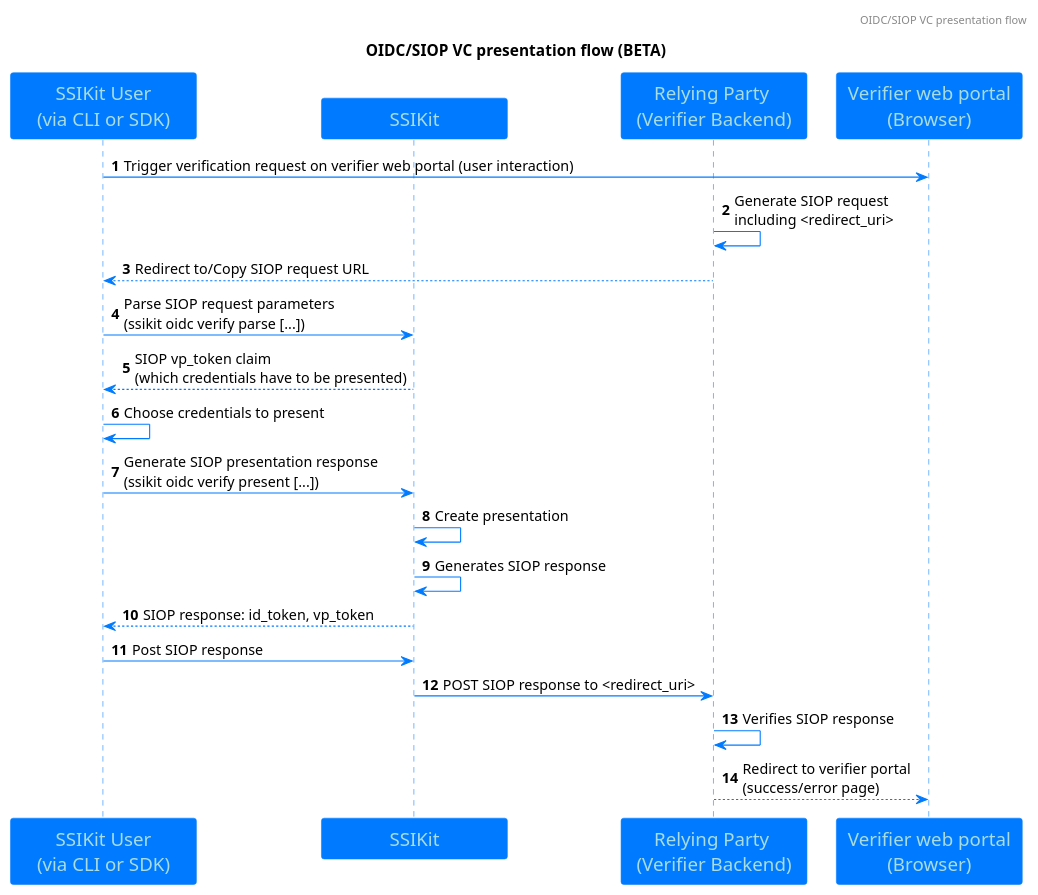
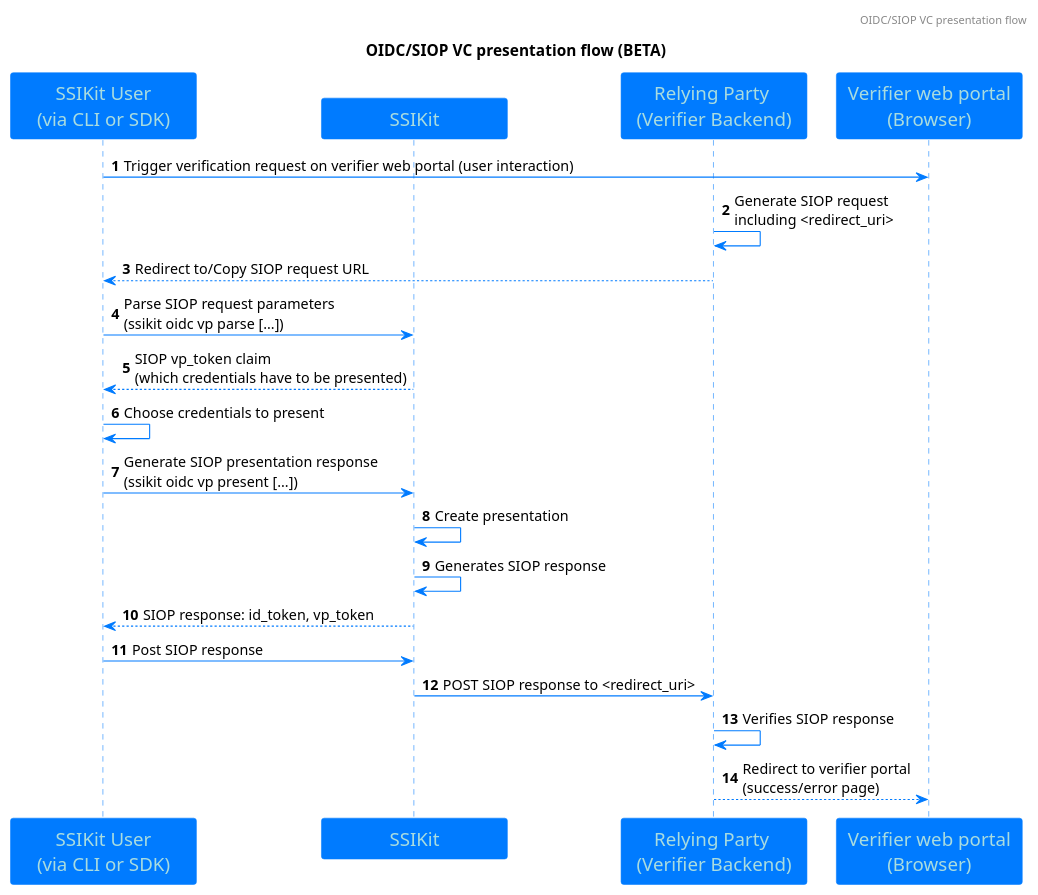
The diagram in ecosystems-interoperability/oidc/puml/siop-vc-presentation-ssikit.puml (walt-id/waltid-ssikit-docs), drawn with PlantUML before and after one commit. The commit also changed 3 other files, not shown here.

Commit message:
adapt oidc flow diagrams

```diff
--- a/ecosystems-interoperability/oidc/puml/siop-vc-presentation-ssikit.puml
+++ b/ecosystems-interoperability/oidc/puml/siop-vc-presentation-ssikit.puml
@@ -1,78 +1,78 @@
 @startuml
 'https://plantuml.com/sequence-diagram
 
 skinparam classFontColor 007BFF
 skinparam classFontSize 12
 skinparam classFontName Aapex
 skinparam backgroundColor white
 skinparam minClassWidth 155
 skinparam nodesep 34
 skinparam ranksep 70
 
 skinparam sequence {
 ArrowColor 007BFF
 ActorBorderColor 007BFF
 LifeLineBorderColor 007BFF
 LifeLineBackgroundColor 007BFF
 
 ParticipantBorderColor 007BFF
 ParticipantBackgroundColor 007BFF
 ParticipantFontName Impact
 ParticipantFontSize 17
 ParticipantFontColor #A9DCDF
 
 'ActorBackgroundColor aqua
 ActorFontColor 007BFF
 ActorFontSize 17
 ActorFontName Aapex
 }
 
 skinparam class {
 BorderColor 007BFF
 ArrowColor 007BFF
 BackgroundColor white
 }
 
 skinparam interface {
 BorderColor 007BFF
 ArrowColor 007BFF
 }
 
 skinparam note {
 BorderColor 007BFF
 BackgroundColor 7ACFF5
 }
 
 
 autonumber
 header OIDC/SIOP VC presentation flow
 title
 OIDC/SIOP VC presentation flow (BETA)
 end title
 autonumber
 participant "SSIKit User\n(via CLI or SDK)" as SU
 participant "SSIKit" as SK
 participant "Relying Party \n(Verifier Backend)" as RP
 participant "Verifier web portal\n(Browser)" as VWP
 
 SU->VWP: Trigger verification request on verifier web portal (user interaction)
 RP->RP: Generate SIOP request\nincluding <redirect_uri>
 
 RP-->SU: Redirect to/Copy SIOP request URL
 
-SU->SK: Parse SIOP request parameters\n(ssikit oidc verify parse [...])
+SU->SK: Parse SIOP request parameters\n(ssikit oidc vp parse [...])
 SK-->SU: SIOP vp_token claim\n(which credentials have to be presented)
 SU->SU: Choose credentials to present
 
-SU->SK: Generate SIOP presentation response\n(ssikit oidc verify present [...])
+SU->SK: Generate SIOP presentation response\n(ssikit oidc vp present [...])
 SK->SK: Create presentation
 SK->SK: Generates SIOP response
 SK-->SU: SIOP response: id_token, vp_token
 SU->SK: Post SIOP response
 
 SK->RP: POST SIOP response to <redirect_uri>
 
 RP->RP: Verifies SIOP response
 RP-->VWP: Redirect to verifier portal\n(success/error page)
 
 @enduml
```
